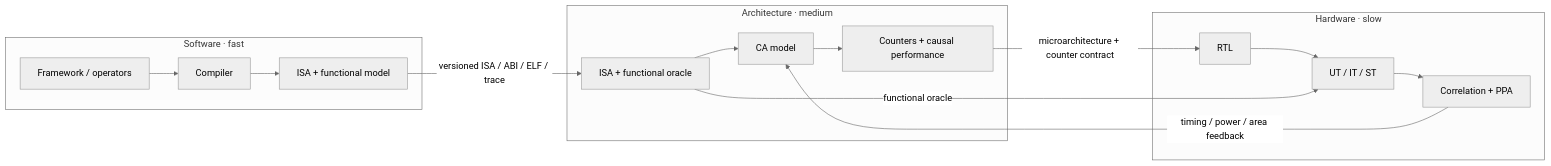
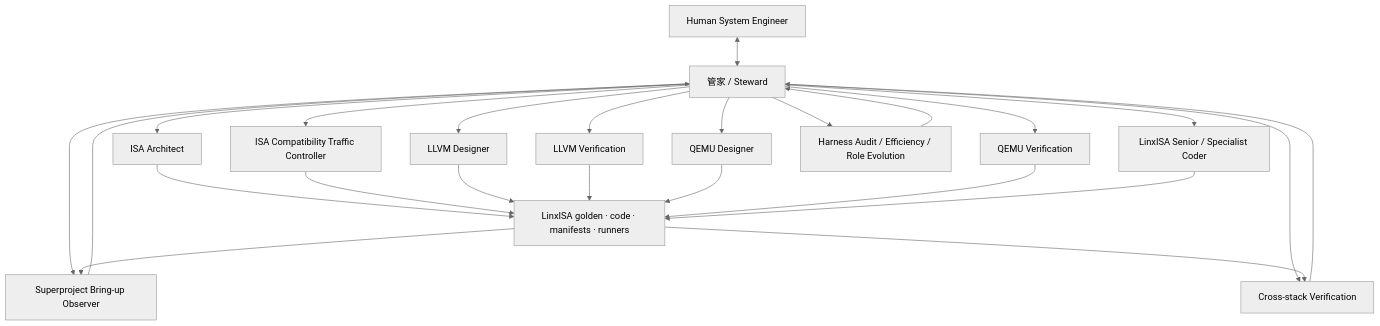
Before and after one commit to LinxISA/FishToucher: the diagram in docs/architecture.md, drawn with Mermaid (neutral theme). The commit also changed other lines of this file and 77 other files, not shown here.

````diff
--- a/docs/architecture.md
+++ b/docs/architecture.md
@@ -34,16 +5,27 @@
 ```mermaid
-flowchart LR
-    subgraph SW["Software · fast"]
-      SW1["Framework / operators"] --> SW2["Compiler"] --> SW3["ISA + functional model"]
-    end
-    subgraph AR["Architecture · medium"]
-      AR1["ISA + functional oracle"] --> AR2["CA model"] --> AR3["Counters + causal performance"]
-    end
-    subgraph HW["Hardware · slow"]
-      HW1["RTL"] --> HW2["UT / IT / ST"] --> HW3["Correlation + PPA"]
-    end
-    SW3 -- "versioned ISA / ABI / ELF / trace" --> AR1
-    AR3 -- "microarchitecture + counter contract" --> HW1
-    HW3 -- "timing / power / area feedback" --> AR2
-    AR1 -- "functional oracle" --> HW2
+flowchart TB
+    H["Human System Engineer"] <--> S["管家 / Steward"]
+    S --> IA["ISA Architect"]
+    S --> IV["ISA Compatibility Traffic Controller"]
+    S --> LD["LLVM Designer"]
+    S --> LV["LLVM Verification"]
+    S --> QD["QEMU Designer"]
+    S --> QV["QEMU Verification"]
+    S --> SC["LinxISA Senior / Specialist Coder"]
+    S --> BO["Superproject Bring-up Observer"]
+    S --> XA["Cross-stack Verification"]
+    S --> HA["Harness Audit / Efficiency / Role Evolution"]
+    L["LinxISA golden · code · manifests · runners"]
+    IA --> L
+    IV --> L
+    LD --> L
+    LV --> L
+    QD --> L
+    QV --> L
+    SC --> L
+    L --> BO
+    L --> XA
+    BO --> S
+    XA --> S
+    HA --> S
 ```
````
